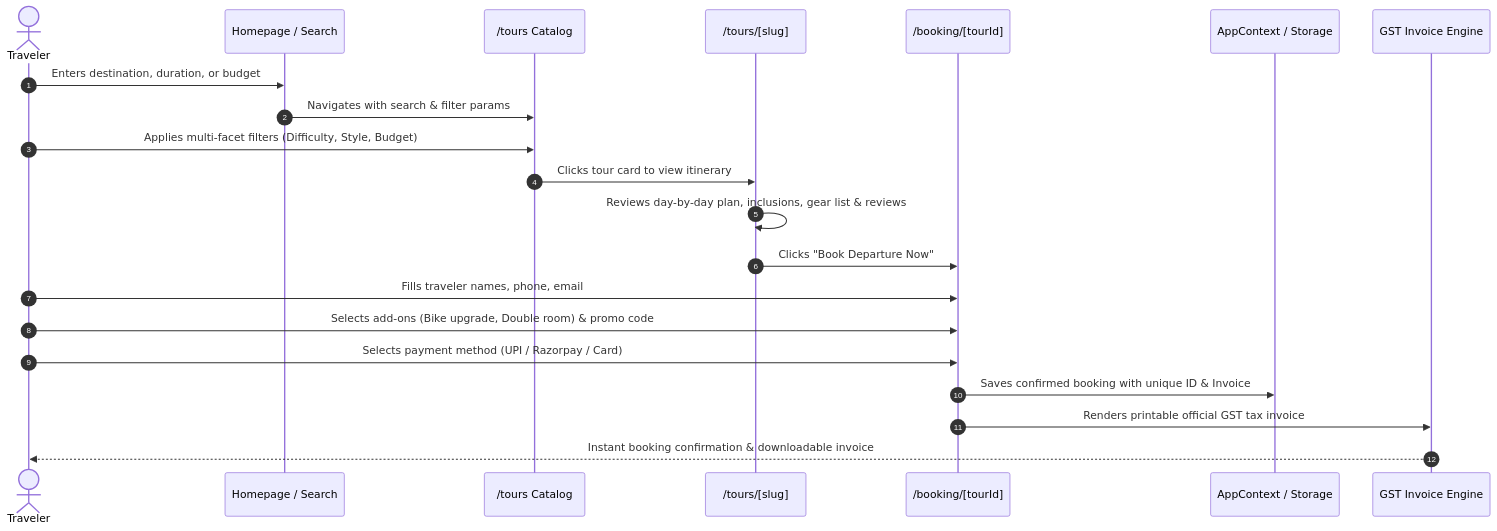
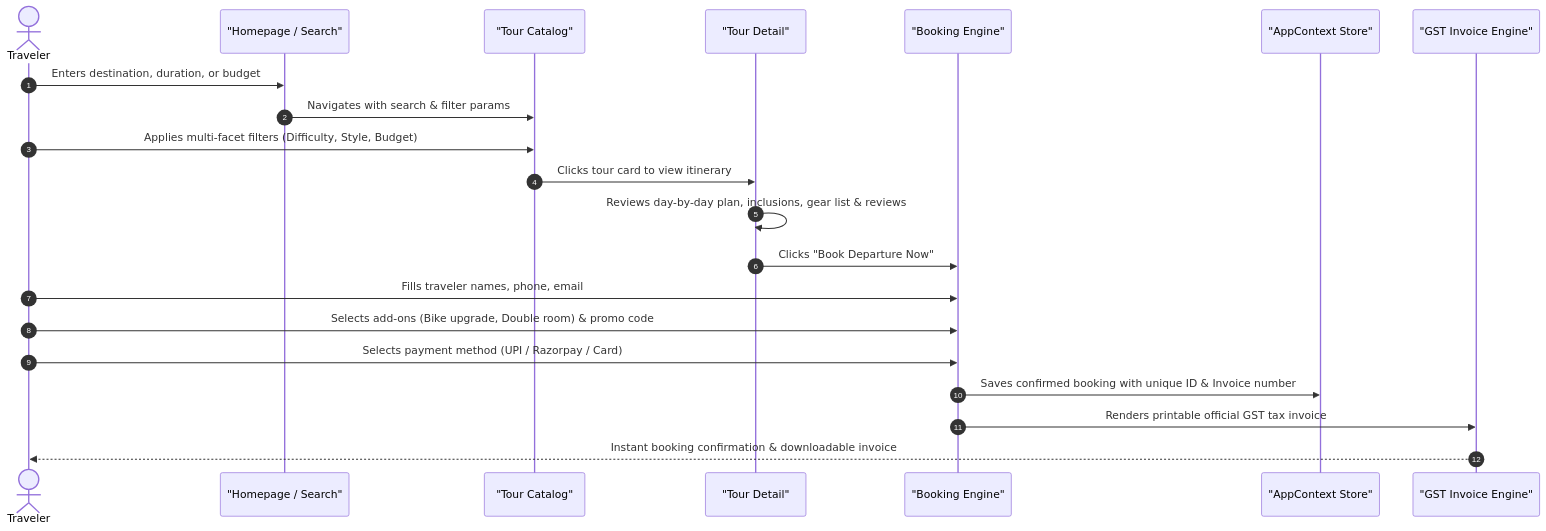
Before and after one commit to drdhavaltrivedi/humtripwale-travel: the third of 5 diagrams in README.md, drawn with Mermaid. The commit also changed other lines of this file, not shown here.

Commit message:
docs: fix Mermaid syntax and quote node labels in README.md

````diff
--- a/README.md
+++ b/README.md
@@ -217,24 +217,24 @@
 ```mermaid
 sequenceDiagram
     autonumber
     actor Traveler as Traveler
-    participant Home as Homepage / Search
-    participant Catalog as /tours Catalog
-    participant Detail as /tours/[slug]
-    participant Checkout as /booking/[tourId]
-    participant Store as AppContext / Storage
-    participant Invoice as GST Invoice Engine
+    participant Home as "Homepage / Search"
+    participant Catalog as "Tour Catalog"
+    participant Detail as "Tour Detail"
+    participant Checkout as "Booking Engine"
+    participant Store as "AppContext Store"
+    participant Invoice as "GST Invoice Engine"
 
     Traveler->>Home: Enters destination, duration, or budget
     Home->>Catalog: Navigates with search & filter params
     Traveler->>Catalog: Applies multi-facet filters (Difficulty, Style, Budget)
     Catalog->>Detail: Clicks tour card to view itinerary
     Detail->>Detail: Reviews day-by-day plan, inclusions, gear list & reviews
     Detail->>Checkout: Clicks "Book Departure Now"
     Traveler->>Checkout: Fills traveler names, phone, email
     Traveler->>Checkout: Selects add-ons (Bike upgrade, Double room) & promo code
     Traveler->>Checkout: Selects payment method (UPI / Razorpay / Card)
-    Checkout->>Store: Saves confirmed booking with unique ID & Invoice #
+    Checkout->>Store: Saves confirmed booking with unique ID & Invoice number
     Checkout->>Invoice: Renders printable official GST tax invoice
     Invoice-->>Traveler: Instant booking confirmation & downloadable invoice
 ```
````
